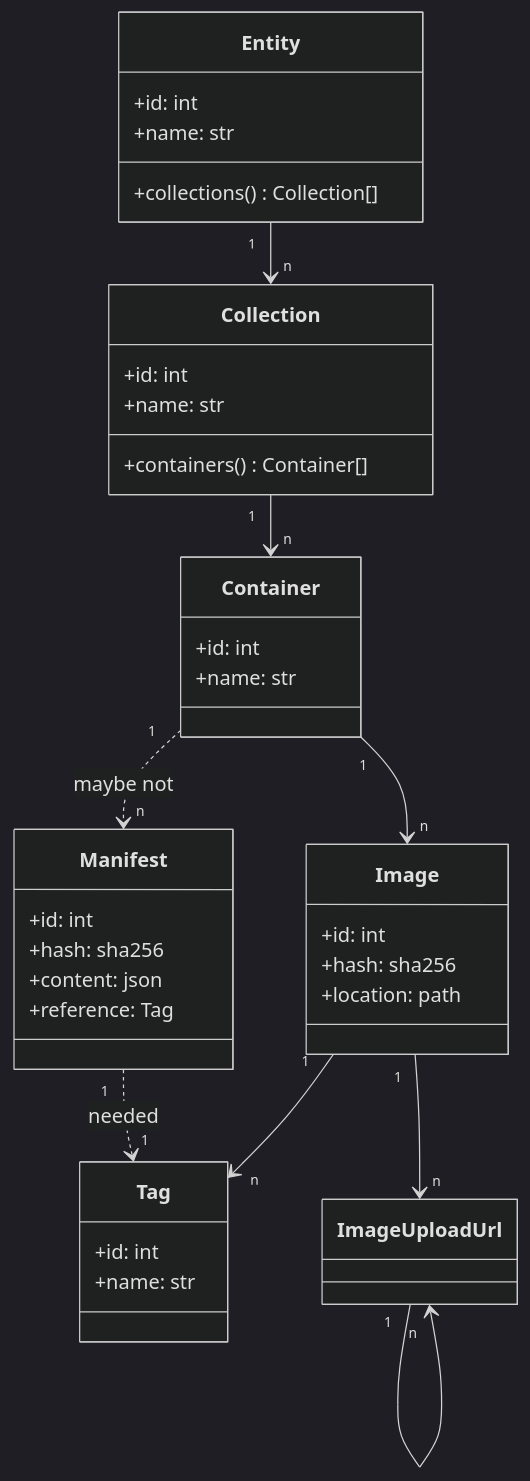
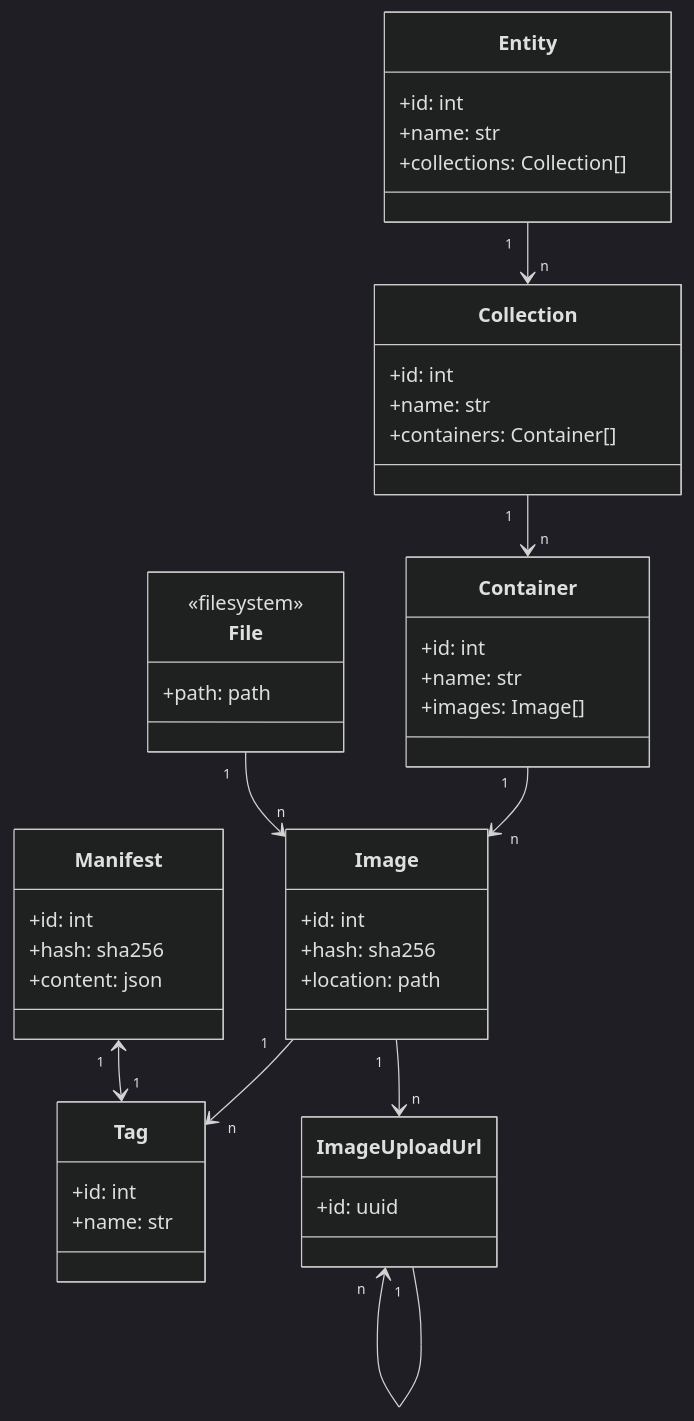
One commit to csf-ngs/hinkskalle changed the diagram in share/doc/model.md. Above: the diagram before and after it, drawn with Mermaid (dark theme). The commit also changed 10 other files, not shown here.

````diff
--- a/share/doc/model.md
+++ b/share/doc/model.md
@@ -3,41 +3,49 @@
 ```mermaid
 classDiagram
   Entity "1" --> "n" Collection
   Collection "1" --> "n" Container
-  Container "1" ..> "n" Manifest : maybe not 
   Container "1" --> "n" Image
   Image "1" --> "n" Tag
   Image "1" --> "n" ImageUploadUrl
+  File "1" --> "n" Image
   ImageUploadUrl "1" --> "n" ImageUploadUrl
-  Manifest "1" ..> "1" Tag : needed
+  Manifest "1" <--> "1" Tag
 
   class Entity {
     +id: int
     +name: str
-    +collections() Collection[]
+    +collections: Collection[]
   }
   class Collection {
     +id: int
     +name: str
-    +containers() Container[]
+    +containers: Container[]
   }
   class Container {
     +id: int
     +name: str
+    +images: Image[]
   }
   class Image {
     +id: int
     +hash: sha256
     +location: path
   }
   class Tag {
     +id: int
     +name: str
   }
   class Manifest {
     +id: int
     +hash: sha256
     +content: json
-    +reference: Tag
+  }
+  class ImageUploadUrl {
+    +id: uuid
+  }
+  class File {
+    <<filesystem>>
+    +path: path
+
   }
 ```
````
